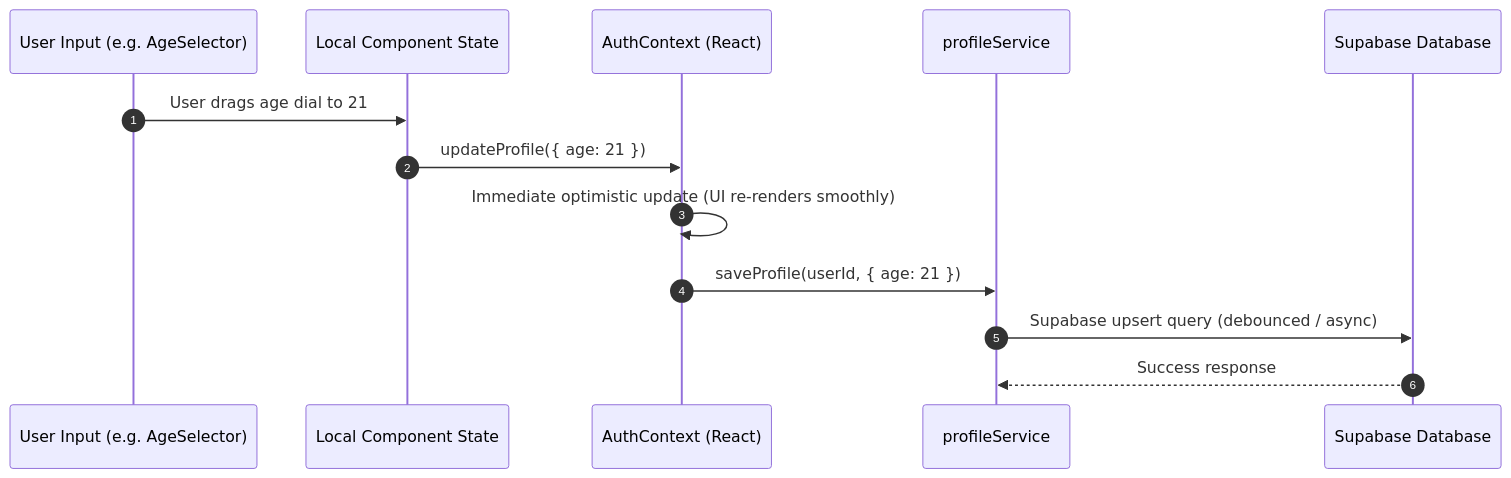
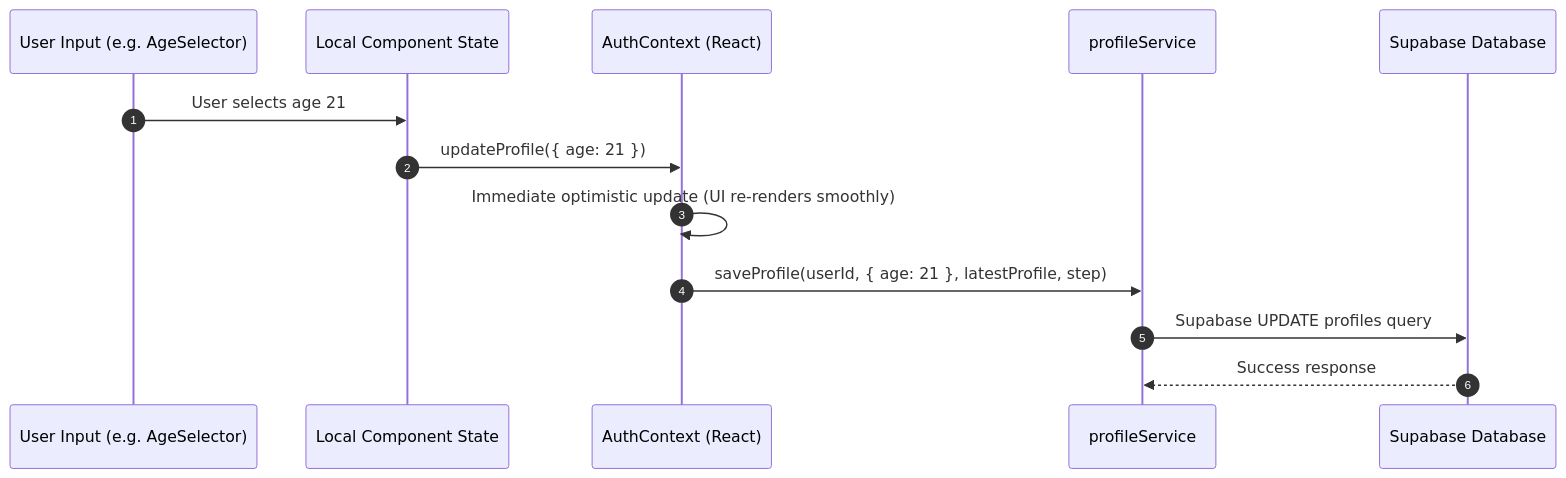
One commit to Hellsguardian/String-X changed the second of 2 diagrams in docs/state-management.md. Above: the diagram before and after it, drawn with Mermaid. The commit also changed other lines of this file and 14 other files, not shown here.

````diff
--- a/docs/state-management.md
+++ b/docs/state-management.md
@@ -70,16 +81,16 @@
 ```mermaid
 sequenceDiagram
     autonumber
     participant UI as User Input (e.g. AgeSelector)
     participant Local as Local Component State
     participant Context as AuthContext (React)
     participant Service as profileService
     participant Supabase as Supabase Database
 
-    UI->>Local: User drags age dial to 21
+    UI->>Local: User selects age 21
     Local->>Context: updateProfile({ age: 21 })
     Context->>Context: Immediate optimistic update (UI re-renders smoothly)
-    Context->>Service: saveProfile(userId, { age: 21 })
-    Service->>Supabase: Supabase upsert query (debounced / async)
+    Context->>Service: saveProfile(userId, { age: 21 }, latestProfile, step)
+    Service->>Supabase: Supabase UPDATE profiles query
     Supabase-->>Service: Success response
 ```
````
